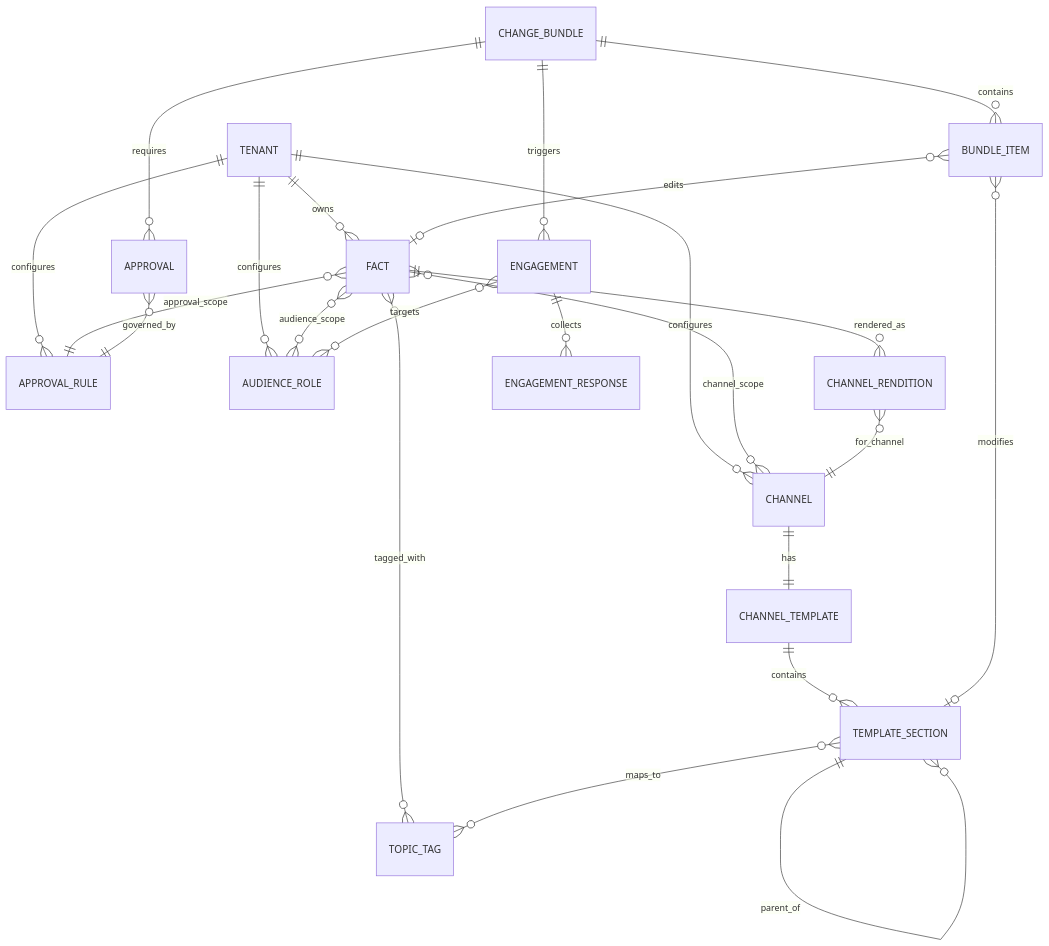
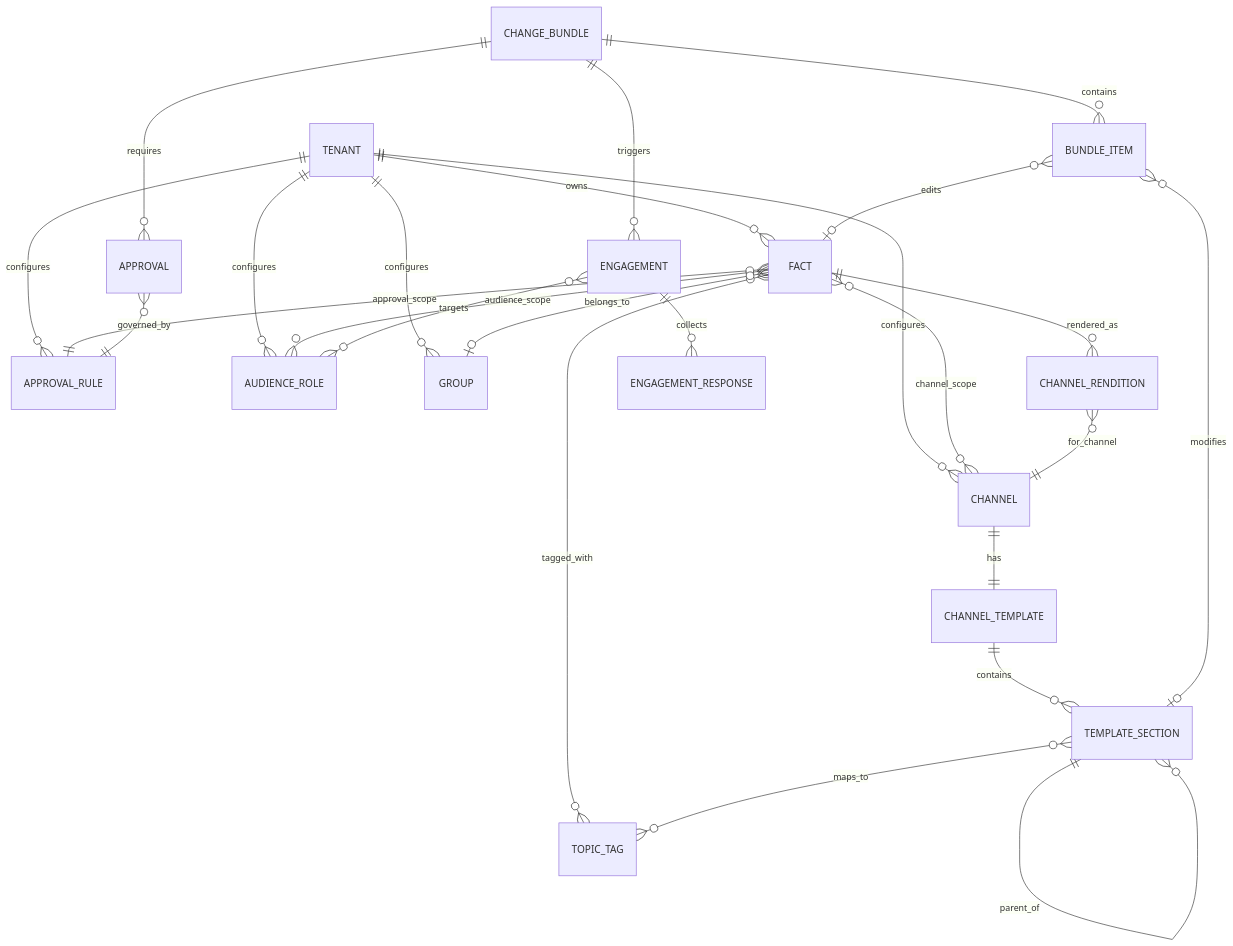
Before and after one commit to lorinc/FactSquid: the diagram in docs/data-model.md, drawn with Mermaid. The commit also changed other lines of this file and 1 other file, not shown here.

First line of the commit message:
Sync data model and workflow diagram with system design updates

````diff
--- a/docs/data-model.md
+++ b/docs/data-model.md
@@ -3,33 +3,35 @@
 ```mermaid
 erDiagram
 
     TENANT ||--o{ FACT : owns
     TENANT ||--o{ CHANNEL : configures
     TENANT ||--o{ APPROVAL_RULE : configures
     TENANT ||--o{ AUDIENCE_ROLE : configures
+    TENANT ||--o{ GROUP : configures
 
     FACT }o--o{ TOPIC_TAG : tagged_with
     FACT }o--o{ CHANNEL : channel_scope
     FACT }o--o{ AUDIENCE_ROLE : audience_scope
     FACT }o--|| APPROVAL_RULE : approval_scope
     FACT ||--o{ CHANNEL_RENDITION : rendered_as
+    FACT }o--o| GROUP : belongs_to
 
     CHANNEL ||--|| CHANNEL_TEMPLATE : has
     CHANNEL_TEMPLATE ||--o{ TEMPLATE_SECTION : contains
     TEMPLATE_SECTION ||--o{ TEMPLATE_SECTION : parent_of
     TEMPLATE_SECTION }o--o{ TOPIC_TAG : maps_to
 
     CHANNEL_RENDITION }o--|| CHANNEL : for_channel
 
     CHANGE_BUNDLE ||--o{ BUNDLE_ITEM : contains
     CHANGE_BUNDLE ||--o{ APPROVAL : requires
     CHANGE_BUNDLE ||--o{ ENGAGEMENT : triggers
 
     BUNDLE_ITEM }o--o| FACT : edits
     BUNDLE_ITEM }o--o| TEMPLATE_SECTION : modifies
 
     APPROVAL }o--|| APPROVAL_RULE : governed_by
 
     ENGAGEMENT }o--o{ AUDIENCE_ROLE : targets
     ENGAGEMENT ||--o{ ENGAGEMENT_RESPONSE : collects
 ```
````
